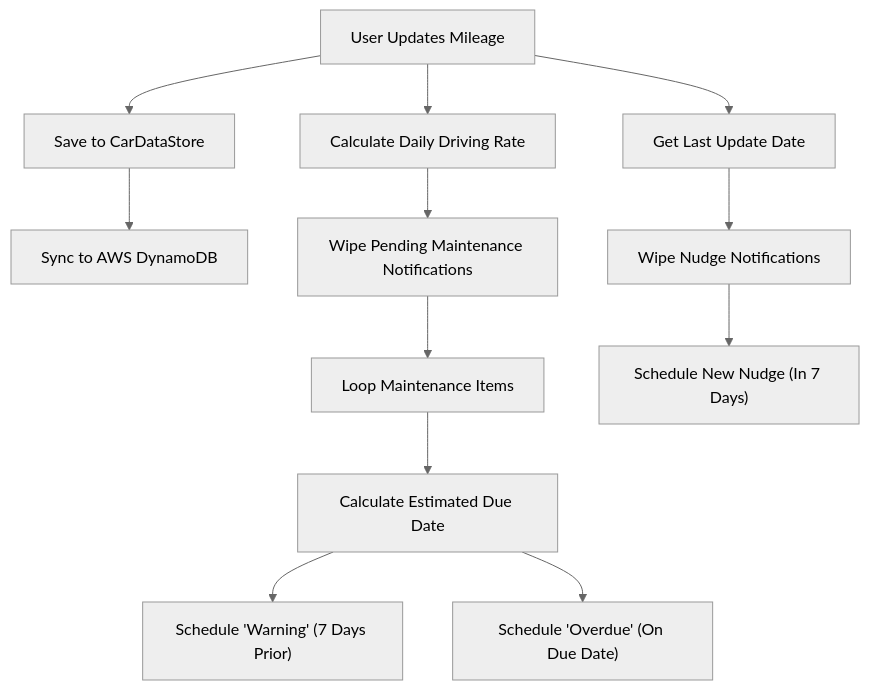
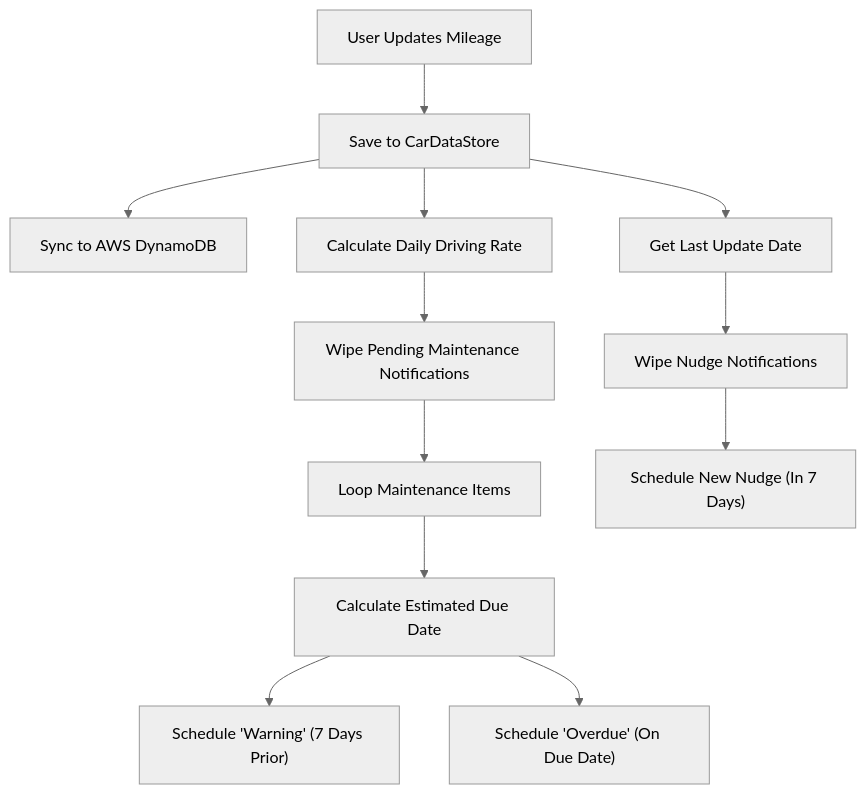
The third of 3 diagrams in README.md (jonocorpuz/gauge), drawn with Mermaid (neutral theme) before and after one commit.

Commit message:
doc: update readme #5

````diff
--- a/README.md
+++ b/README.md
@@ -117,21 +117,21 @@
 ```mermaid
 graph TD
     Start["User Updates Mileage"]
+    Start --> Store["Save to CarDataStore"]
 
     %% Path 1: Data Sync
-    Start --> A1["Save to CarDataStore"]
-    A1 --> A2["Sync to AWS DynamoDB"]
+    Store --> A1["Sync to AWS DynamoDB"]
 
     %% Path 2: Predictive Maintenance
-    Start --> B1["Calculate Daily Driving Rate"]
+    Store --> B1["Calculate Daily Driving Rate"]
     B1 --> B2["Wipe Pending Maintenance Notifications"]
     B2 --> B3["Loop Maintenance Items"]
     B3 --> B4["Calculate Estimated Due Date"]
     B4 --> B5W["Schedule 'Warning' (7 Days Prior)"]
     B4 --> B5D["Schedule 'Overdue' (On Due Date)"]
 
     %% Path 3: Inactivity Nudge
-    Start --> C1["Get Last Update Date"]
+    Store --> C1["Get Last Update Date"]
     C1 --> C2["Wipe Nudge Notifications"]
     C2 --> C3["Schedule New Nudge (In 7 Days)"]
 ```
````
